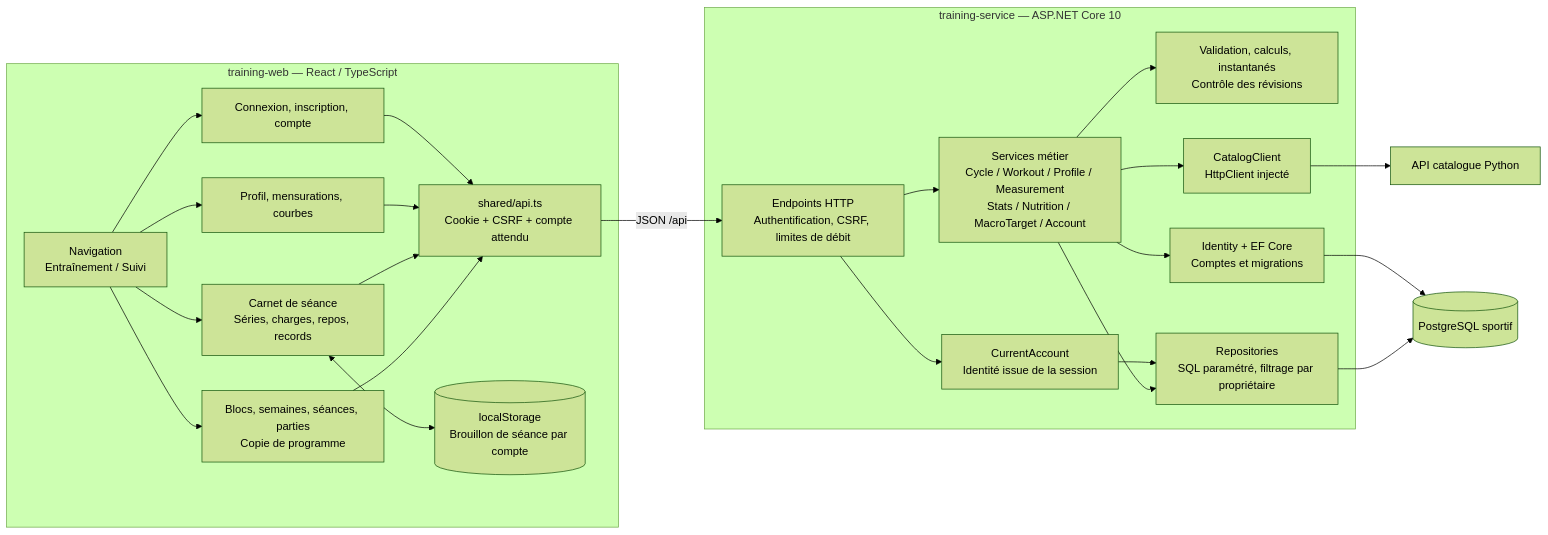
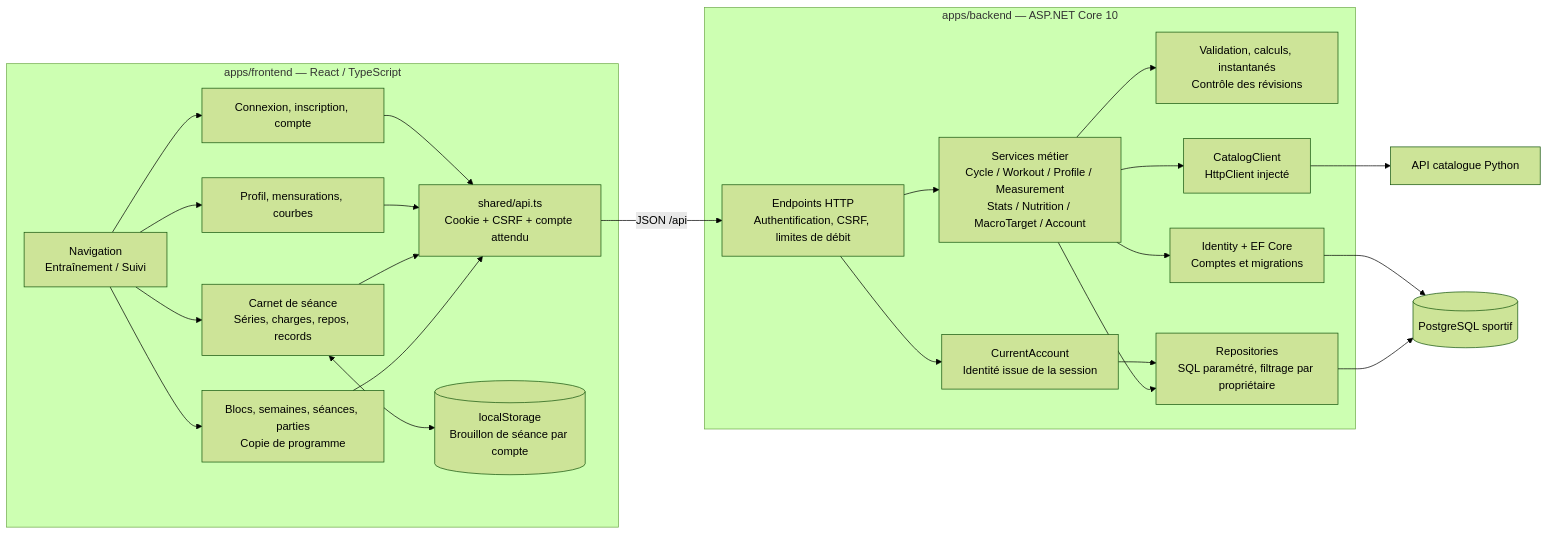
The second of 5 diagrams in docs/architecture-actuelle.md (Jsobkowiak/coachconnect), drawn with Mermaid (forest theme) before and after one commit. The commit also changed other lines of this file and 300 other files, not shown here.

````diff
--- a/docs/architecture-actuelle.md
+++ b/docs/architecture-actuelle.md
@@ -59,32 +61,32 @@
 ```mermaid
 flowchart LR
-    subgraph UI["training-web — React / TypeScript"]
+    subgraph UI["apps/frontend — React / TypeScript"]
         Nav["Navigation<br/>Entraînement / Suivi"]
         Planning["Blocs, semaines, séances, parties<br/>Copie de programme"]
         Logging["Carnet de séance<br/>Séries, charges, repos, records"]
         Tracking["Profil, mensurations, courbes"]
         AccountUI["Connexion, inscription, compte"]
         Client["shared/api.ts<br/>Cookie + CSRF + compte attendu"]
         Draft[("localStorage<br/>Brouillon de séance par compte")]
         Nav --> Planning & Logging & Tracking & AccountUI
         Planning & Logging & Tracking & AccountUI --> Client
         Logging <--> Draft
     end
-    subgraph Server["training-service — ASP.NET Core 10"]
+    subgraph Server["apps/backend — ASP.NET Core 10"]
         Routes["Endpoints HTTP<br/>Authentification, CSRF, limites de débit"]
         Current["CurrentAccount<br/>Identité issue de la session"]
         Services["Services métier<br/>Cycle / Workout / Profile / Measurement<br/>Stats / Nutrition / MacroTarget / Account"]
         Rules["Validation, calculs, instantanés<br/>Contrôle des révisions"]
         Repos["Repositories<br/>SQL paramétré, filtrage par propriétaire"]
         EF["Identity + EF Core<br/>Comptes et migrations"]
         Catalog["CatalogClient<br/>HttpClient injecté"]
         Routes --> Services
         Routes --> Current
         Services --> Rules & Repos & Catalog
         Current --> Repos
         Services --> EF
     end
     Client -->|"JSON /api"| Routes
     Repos & EF --> DB[("PostgreSQL sportif")]
     Catalog --> FastAPI["API catalogue Python"]
 ```
````
